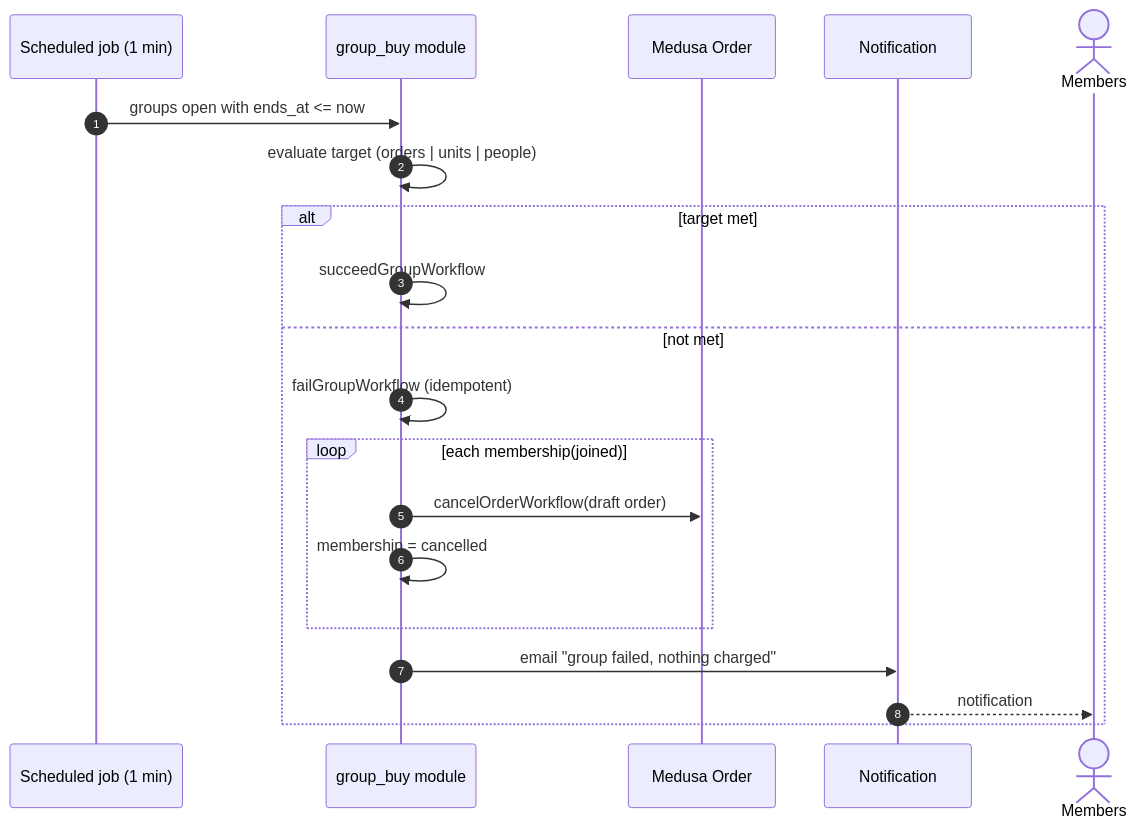
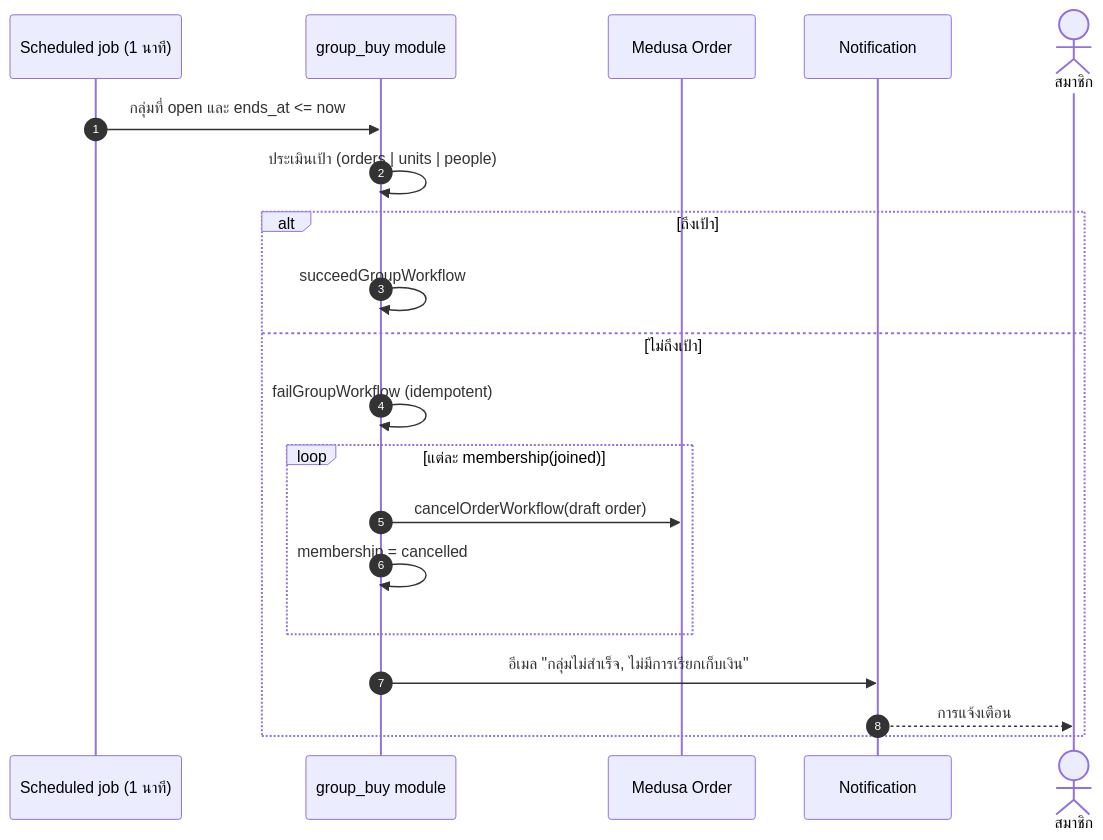
The fifth of 7 diagrams in docs/design/sequence-diagrams.md (techpowerdev/medusa-ecom), drawn with Mermaid before and after one commit. The commit also changed other lines of this file and 25 other files, not shown here.

````diff
--- a/docs/design/sequence-diagrams.md
+++ b/docs/design/sequence-diagrams.md
@@ -112,23 +112,23 @@
 ```mermaid
 sequenceDiagram
   autonumber
-  participant JOB as Scheduled job (1 min)
+  participant JOB as Scheduled job (1 นาที)
   participant GB as group_buy module
   participant API as Medusa Order
   participant NT as Notification
-  actor M as Members
+  actor M as สมาชิก
 
-  JOB->>GB: groups open with ends_at <= now
-  GB->>GB: evaluate target (orders | units | people)
-  alt target met
+  JOB->>GB: กลุ่มที่ open และ ends_at <= now
+  GB->>GB: ประเมินเป้า (orders | units | people)
+  alt ถึงเป้า
     GB->>GB: succeedGroupWorkflow
-  else not met
+  else ไม่ถึงเป้า
     GB->>GB: failGroupWorkflow (idempotent)
-    loop each membership(joined)
+    loop แต่ละ membership(joined)
       GB->>API: cancelOrderWorkflow(draft order)
       GB->>GB: membership = cancelled
     end
-    GB->>NT: email "group failed, nothing charged"
-    NT-->>M: notification
+    GB->>NT: อีเมล "กลุ่มไม่สำเร็จ, ไม่มีการเรียกเก็บเงิน"
+    NT-->>M: การแจ้งเตือน
   end
 ```
````
